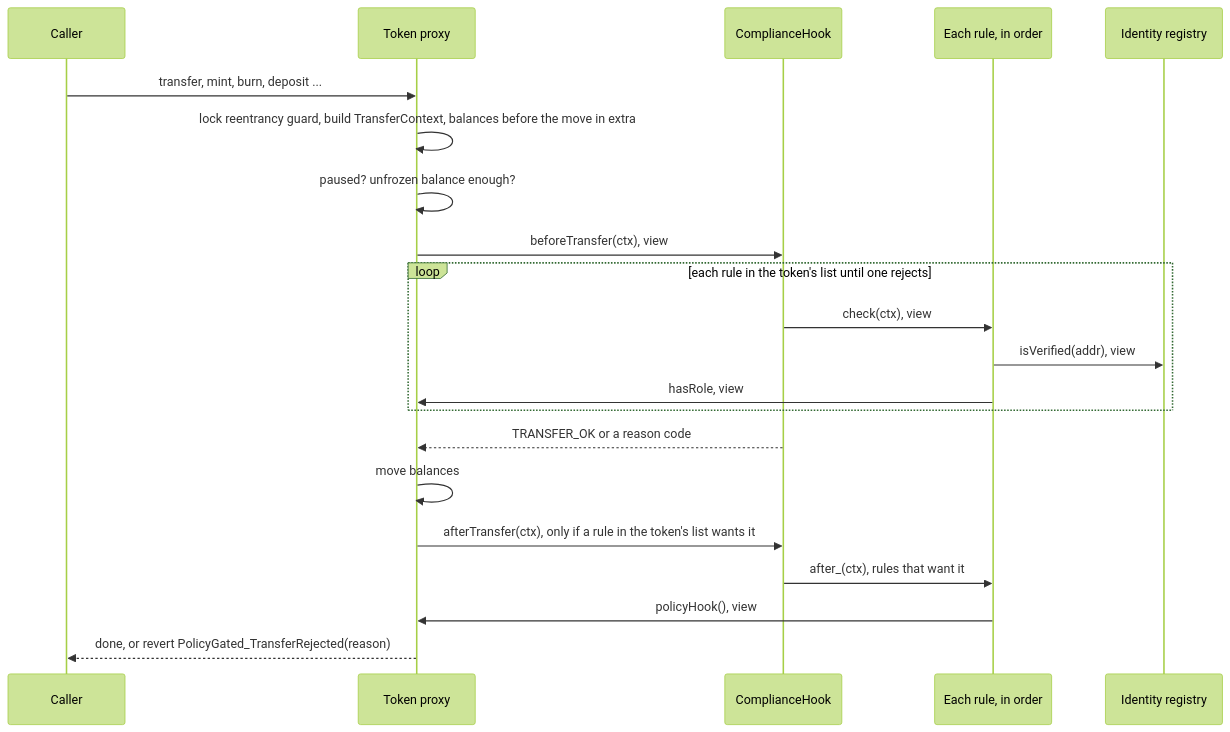
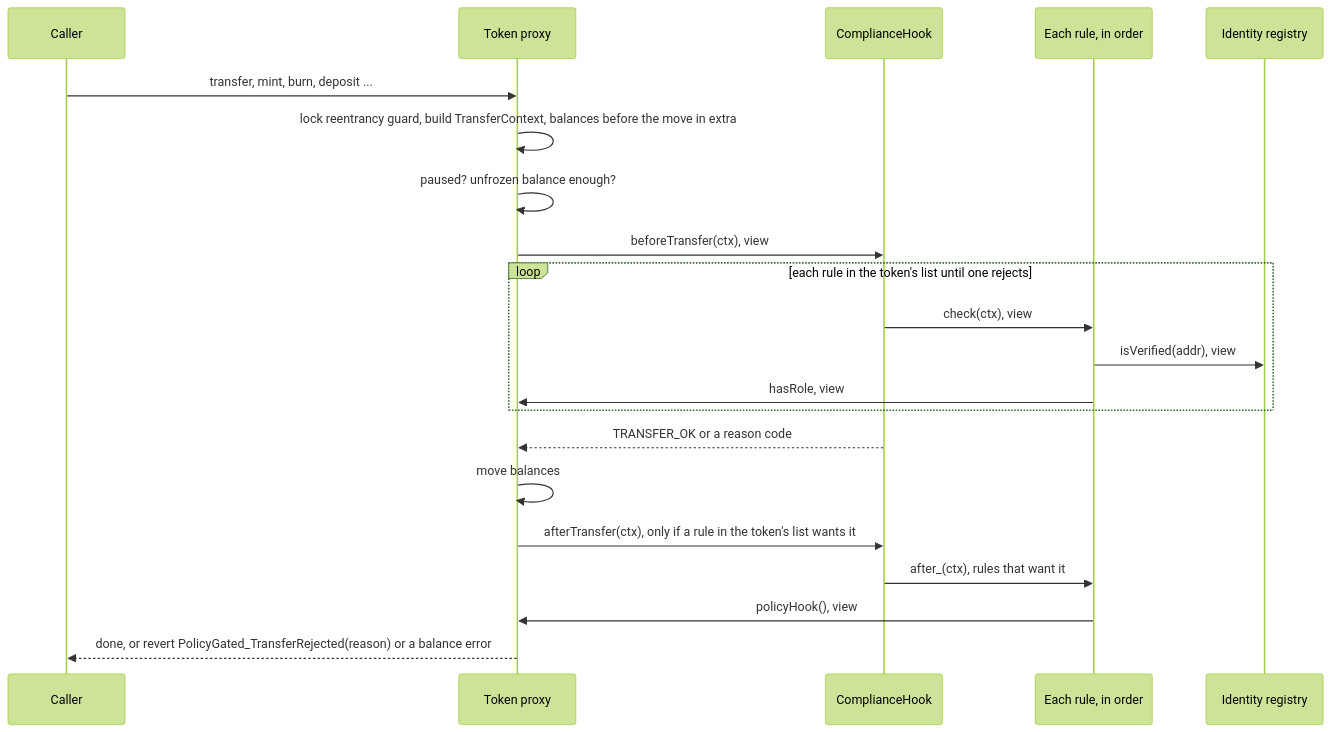
Before and after one commit to fepvenancio/rwa-token: the second of 3 diagrams in docs/architecture.md, drawn with Mermaid (forest theme). The commit also changed other lines of this file and 22 other files, not shown here.

````diff
--- a/docs/architecture.md
+++ b/docs/architecture.md
@@ -69,24 +69,24 @@
 ```mermaid
 sequenceDiagram
   participant C as Caller
   participant T as Token proxy
   participant H as ComplianceHook
   participant R as Each rule, in order
   participant X as Identity registry
 
   C->>T: transfer, mint, burn, deposit ...
   T->>T: lock reentrancy guard, build TransferContext, balances before the move in extra
   T->>T: paused? unfrozen balance enough?
   T->>H: beforeTransfer(ctx), view
   loop each rule in the token's list until one rejects
     H->>R: check(ctx), view
     R->>X: isVerified(addr), view
     R->>T: hasRole, view
   end
   H-->>T: TRANSFER_OK or a reason code
   T->>T: move balances
   T->>H: afterTransfer(ctx), only if a rule in the token's list wants it
   H->>R: after_(ctx), rules that want it
   R->>T: policyHook(), view
-  T-->>C: done, or revert PolicyGated_TransferRejected(reason)
+  T-->>C: done, or revert PolicyGated_TransferRejected(reason) or a balance error
 ```
````
